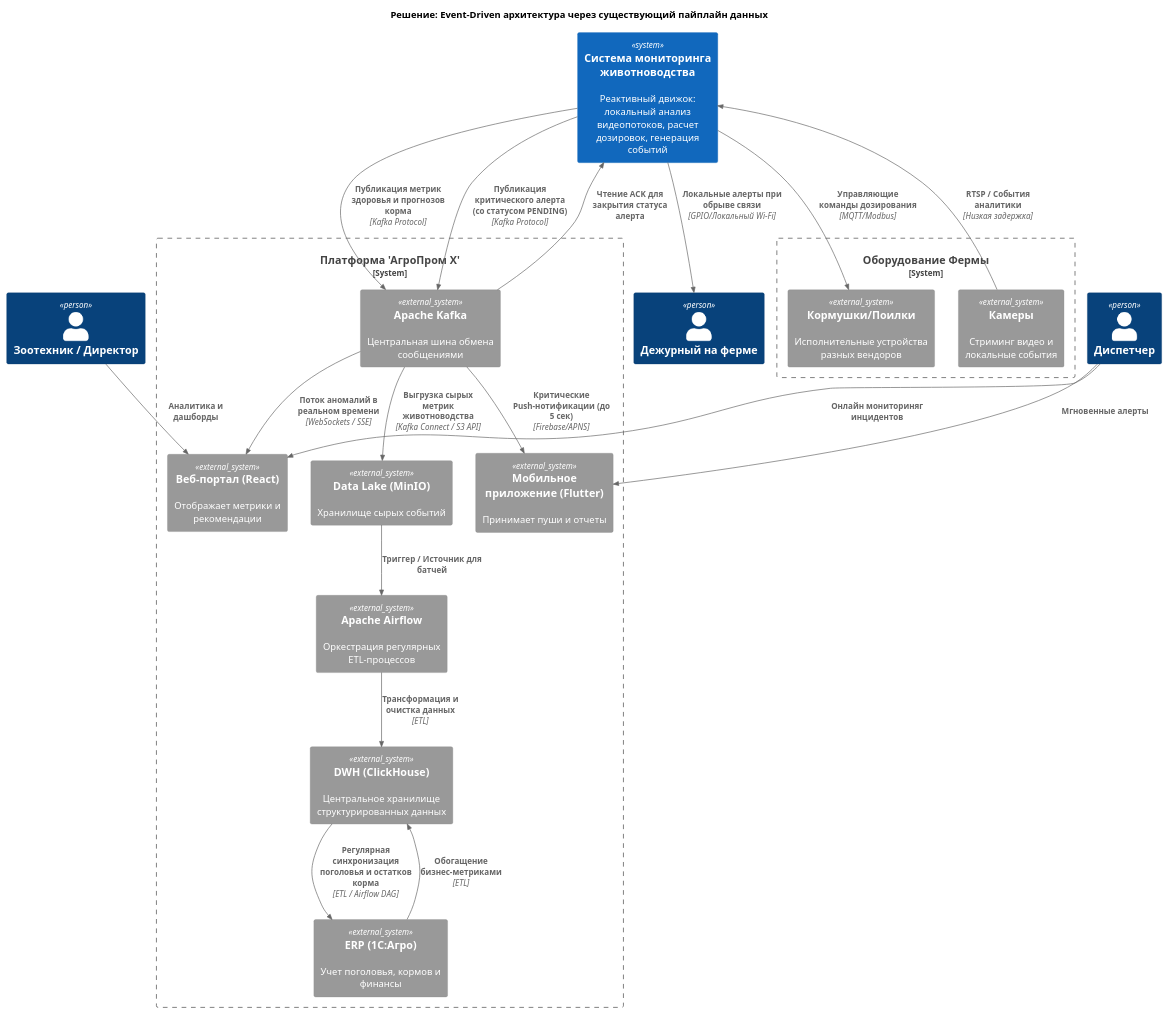
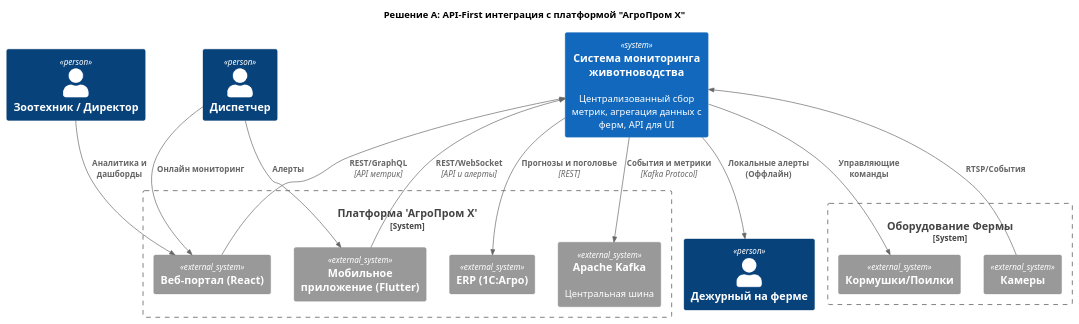
The first of 2 diagrams in task1/ADR.md (daelin44/MSA-AgroTech), drawn with PlantUML before and after one commit. The commit also changed other lines of this file, not shown here.

Commit message:
reflect the new options in the adr

````diff
--- a/task1/ADR.md
+++ b/task1/ADR.md
@@ -31,47 +29,36 @@
 ```plantuml
 @startuml Архитектура_АгроТех_Решение_А
 !include https://raw.githubusercontent.com/plantuml-stdlib/C4-PlantUML/master/C4_Context.puml
 
-title Решение: Event-Driven архитектура через существующий пайплайн данных
+title Решение А: API-First интеграция с платформой "АгроПром Х"
 
 Person(директор, "Зоотехник / Директор")
 Person(оператор, "Диспетчер")
 Person(дежурный, "Дежурный на ферме")
 
 System_Boundary(agro_platform, "Платформа 'АгроПром Х'") {
-    System_Ext(веб_портал, "Веб-портал (React)", "Отображает метрики и рекомендации")
-    System_Ext(мобильное_приложение, "Мобильное приложение (Flutter)", "Принимает пуши и отчеты")
-    System_Ext(kafka, "Apache Kafka", "Центральная шина обмена сообщениями")
-    System_Ext(data_lake, "Data Lake (MinIO)", "Хранилище сырых событий")
-    System_Ext(airflow, "Apache Airflow", "Оркестрация регулярных ETL-процессов")
-    System_Ext(dwh, "DWH (ClickHouse)", "Центральное хранилище структурированных данных")
-    System_Ext(erp, "ERP (1С:Агро)", "Учет поголовья, кормов и финансы")
+    System_Ext(веб_портал, "Веб-портал (React)")
+    System_Ext(мобильное_приложение, "Мобильное приложение (Flutter)")
+    System_Ext(kafka, "Apache Kafka", "Центральная шина")
+    System_Ext(erp, "ERP (1С:Агро)")
 }
 
-System(livestock_processor, "Система мониторинга животноводства", "Реактивный движок: локальный анализ видеопотоков, расчет дозировок, генерация событий")
+System(livestock_system, "Система мониторинга животноводства", "Централизованный сбор метрик, агрегация данных с ферм, API для UI")
 
 System_Boundary(farm, "Оборудование Фермы") {
-    System_Ext(cameras, "Камеры", "Стриминг видео и локальные события")
-    System_Ext(feeders, "Кормушки/Поилки", "Исполнительные устройства разных вендоров")
+    System_Ext(cameras, "Камеры")
+    System_Ext(feeders, "Кормушки/Поилки")
 }
 
 Rel(директор, веб_портал, "Аналитика и дашборды")
-Rel(оператор, веб_портал, "Онлайн мониториняг инцидентов")
-Rel(оператор, мобильное_приложение, "Мгновенные алерты")
-Rel(cameras, livestock_processor, "RTSP / События аналитики", "Низкая задержка")
-Rel(livestock_processor, feeders, "Управляющие команды дозирования", "MQTT/Modbus")
-Rel(livestock_processor, дежурный, "Локальные алерты при обрыве связи", "GPIO/Локальный Wi-Fi")
-Rel(livestock_processor, kafka, "Публикация метрик здоровья и прогнозов корма", "Kafka Protocol")
-Rel(livestock_processor, kafka, "Публикация критического алерта (со статусом PENDING)", "Kafka Protocol")
-Rel(kafka, веб_портал, "Поток аномалий в реальном времени", "WebSockets / SSE")
-Rel(kafka, мобильное_приложение, "Критические Push-нотификации (до 5 сек)", "Firebase/APNS")
-Rel(kafka, livestock_processor, "Чтение ACK для закрытия статуса алерта")
-Rel(kafka, data_lake, "Выгрузка сырых метрик животноводства", "Kafka Connect / S3 API")
-Rel(data_lake, airflow, "Триггер / Источник для батчей")
-Rel(airflow, dwh, "Трансформация и очистка данных", "ETL")
-Rel(dwh, erp, "Регулярная синхронизация поголовья и остатков корма", "ETL / Airflow DAG")
-Rel(erp, dwh, "Обогащение бизнес-метриками", "ETL")
-
+Rel(оператор, веб_портал, "Онлайн мониторинг")
+Rel(оператор, мобильное_приложение, "Алерты")
+Rel(веб_портал, livestock_system, "REST/GraphQL", "API метрик")
+Rel(мобильное_приложение, livestock_system, "REST/WebSocket", "API и алерты")
+Rel(cameras, livestock_system, "RTSP/События")
+Rel(livestock_system, feeders, "Управляющие команды")
+Rel(livestock_system, дежурный, "Локальные алерты (Оффлайн)")
+Rel(livestock_system, kafka, "События и метрики", "Kafka Protocol")
+Rel(livestock_system, erp, "Прогнозы и поголовье", "REST")
 @enduml
-
 ```
````
